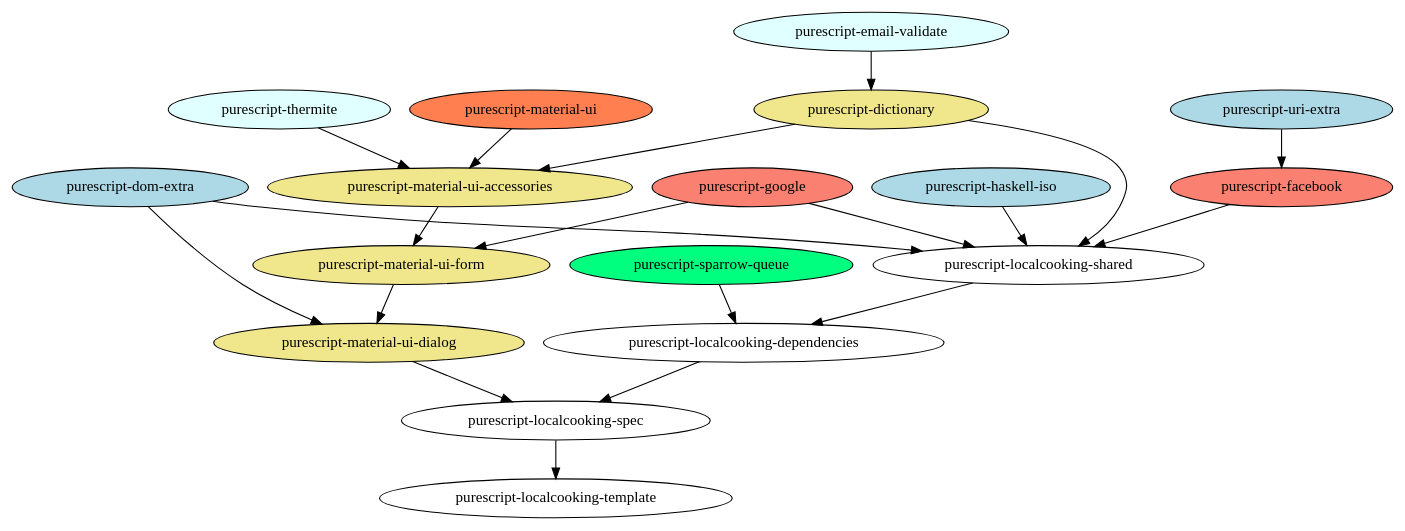
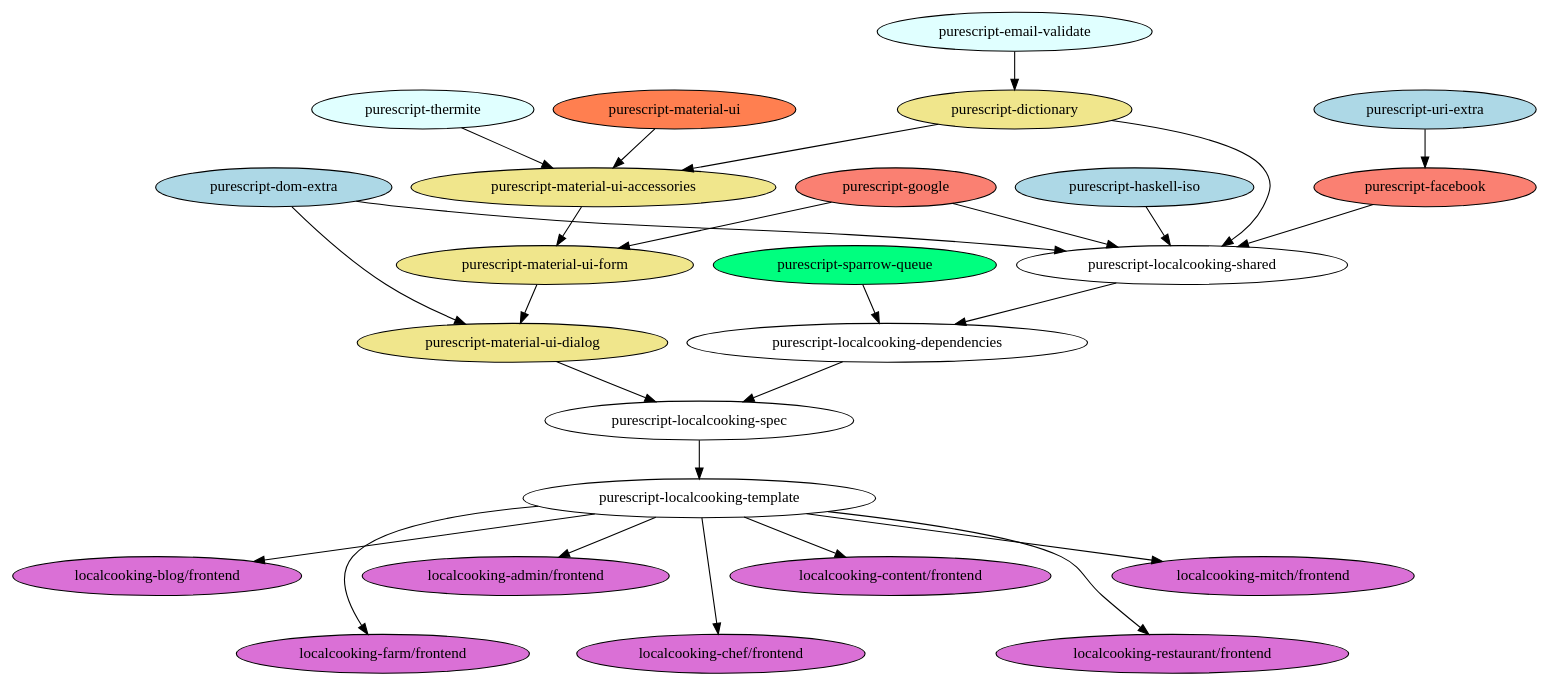
Before and after one commit to localcooking/dependencies: the diagram in frontend.dot, drawn with Graphviz. The commit also changed 2 other files, not shown here.

```diff
--- a/frontend.dot
+++ b/frontend.dot
@@ -1,35 +1,54 @@
 digraph frontend {
   "purescript-email-validate" [fillcolor = lightcyan, style = filled];
   "purescript-thermite" [fillcolor = lightcyan, style = filled];
   "purescript-material-ui" [fillcolor = coral, style = filled];
   "purescript-uri-extra" [fillcolor = lightblue, style = filled];
   "purescript-dom-extra" [fillcolor = lightblue, style = filled];
   "purescript-haskell-iso" [fillcolor = lightblue, style = filled];
   "purescript-facebook" [fillcolor = salmon, style = filled];
   "purescript-google" [fillcolor = salmon, style = filled];
   "purescript-sparrow-queue" [fillcolor = springgreen, style = filled];
   "purescript-dictionary" [fillcolor = khaki, style = filled];
   "purescript-material-ui-accessories" [fillcolor = khaki, style = filled];
   "purescript-material-ui-form" [fillcolor = khaki, style = filled];
   "purescript-material-ui-dialog" [fillcolor = khaki, style = filled];
+  "localcooking-blog/frontend" [fillcolor = orchid, style = filled];
+  "localcooking-admin/frontend" [fillcolor = orchid, style = filled];
+  "localcooking-content/frontend" [fillcolor = orchid, style = filled];
+  "localcooking-mitch/frontend" [fillcolor = orchid, style = filled];
+  "localcooking-chef/frontend" [fillcolor = orchid, style = filled];
+  "localcooking-farm/frontend" [fillcolor = orchid, style = filled];
+  "localcooking-restaurant/frontend" [fillcolor = orchid, style = filled];
 
   "purescript-email-validate" -> "purescript-dictionary";
   "purescript-uri-extra" -> "purescript-facebook";
   "purescript-thermite" -> "purescript-material-ui-accessories";
   "purescript-material-ui" -> "purescript-material-ui-accessories";
   "purescript-dictionary" -> "purescript-material-ui-accessories";
   "purescript-google" -> "purescript-material-ui-form";
   "purescript-material-ui-accessories" -> "purescript-material-ui-form";
   "purescript-dom-extra" -> "purescript-material-ui-dialog";
   "purescript-material-ui-form" -> "purescript-material-ui-dialog";
   "purescript-haskell-iso" -> "purescript-localcooking-shared";
   "purescript-dom-extra" -> "purescript-localcooking-shared";
   "purescript-facebook" -> "purescript-localcooking-shared";
   "purescript-google" -> "purescript-localcooking-shared";
   "purescript-dictionary" -> "purescript-localcooking-shared";
   "purescript-localcooking-shared" -> "purescript-localcooking-dependencies";
   "purescript-sparrow-queue" -> "purescript-localcooking-dependencies";
   "purescript-material-ui-dialog" -> "purescript-localcooking-spec";
   "purescript-localcooking-dependencies" -> "purescript-localcooking-spec";
   "purescript-localcooking-spec" -> "purescript-localcooking-template";
+  "purescript-localcooking-template" -> "localcooking-admin/frontend";
+  "purescript-localcooking-template" -> "localcooking-blog/frontend";
+  "purescript-localcooking-template" -> "localcooking-content/frontend";
+  "purescript-localcooking-template" -> "localcooking-mitch/frontend";
+  "purescript-localcooking-template" -> "localcooking-farm/frontend";
+  "purescript-localcooking-template" -> "localcooking-chef/frontend";
+  "purescript-localcooking-template" -> "localcooking-restaurant/frontend";
+  "localcooking-admin/frontend" -> "localcooking-farm/frontend" [ style = invis ];
+  "localcooking-content/frontend" -> "localcooking-chef/frontend" [ style = invis ];
+  "localcooking-mitch/frontend" -> "localcooking-restaurant/frontend" [ style = invis ];
+  { rank = same; "localcooking-admin/frontend"; "localcooking-blog/frontend"; "localcooking-content/frontend"; "localcooking-mitch/frontend" }
+  { rank = same; "localcooking-farm/frontend"; "localcooking-chef/frontend"; "localcooking-restaurant/frontend" }
 }
```
